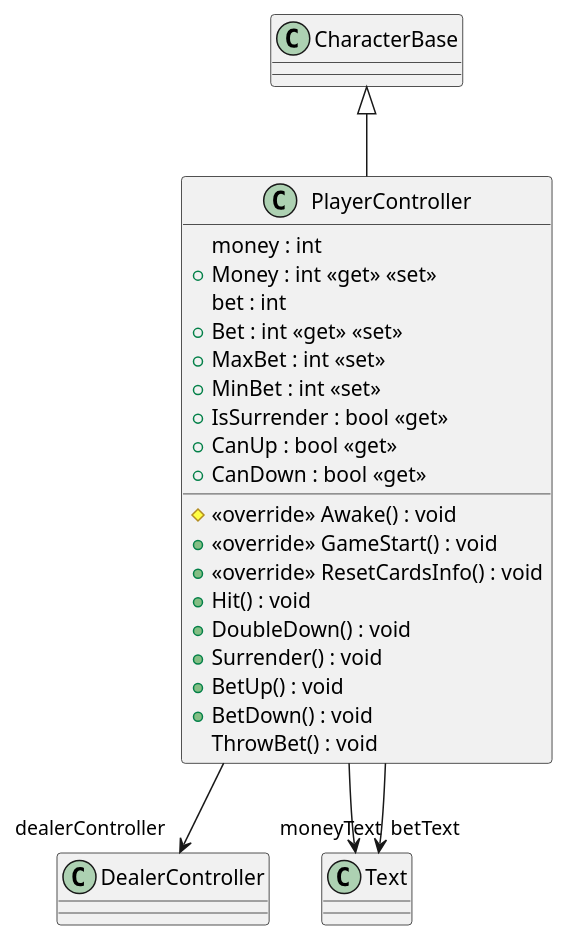
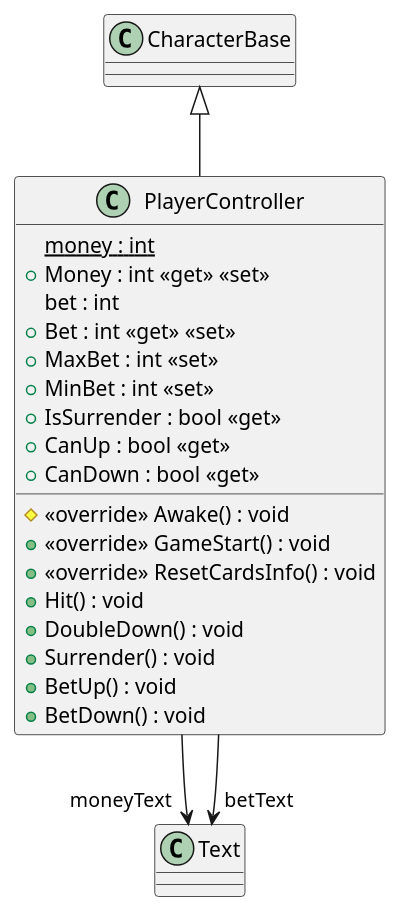
One commit to ds202004gp/BlackjackUnity changed the diagram in plantuml/PlayerController.puml. Above: the diagram before and after it, drawn with PlantUML. The commit also changed 6 other files, not shown here.

Commit message:
クラス図作成

```diff
--- a/plantuml/PlayerController.puml
+++ b/plantuml/PlayerController.puml
@@ -1,26 +1,24 @@
 @startuml
 class PlayerController {
-    money : int
+    {static} money : int
     + Money : int <<get>> <<set>>
     bet : int
     + Bet : int <<get>> <<set>>
     + MaxBet : int <<set>>
     + MinBet : int <<set>>
     # <<override>> Awake() : void
     + <<override>> GameStart() : void
     + <<override>> ResetCardsInfo() : void
     + Hit() : void
     + DoubleDown() : void
     + IsSurrender : bool <<get>>
     + Surrender() : void
     + CanUp : bool <<get>>
     + CanDown : bool <<get>>
     + BetUp() : void
     + BetDown() : void
-    ThrowBet() : void
 }
 CharacterBase <|-- PlayerController
-PlayerController --> "dealerController" DealerController
 PlayerController --> "moneyText" Text
 PlayerController --> "betText" Text
 @enduml
```
